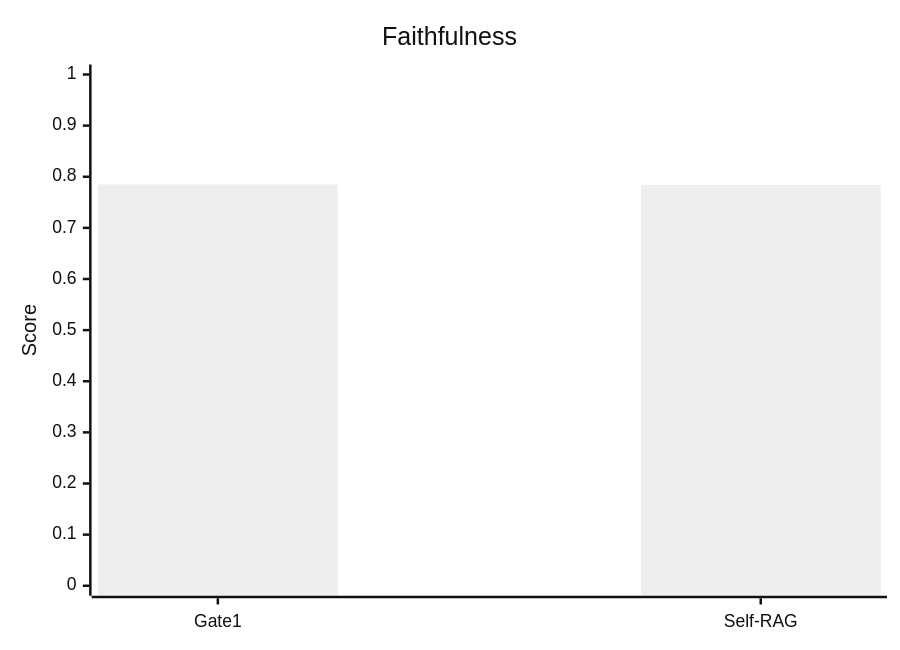
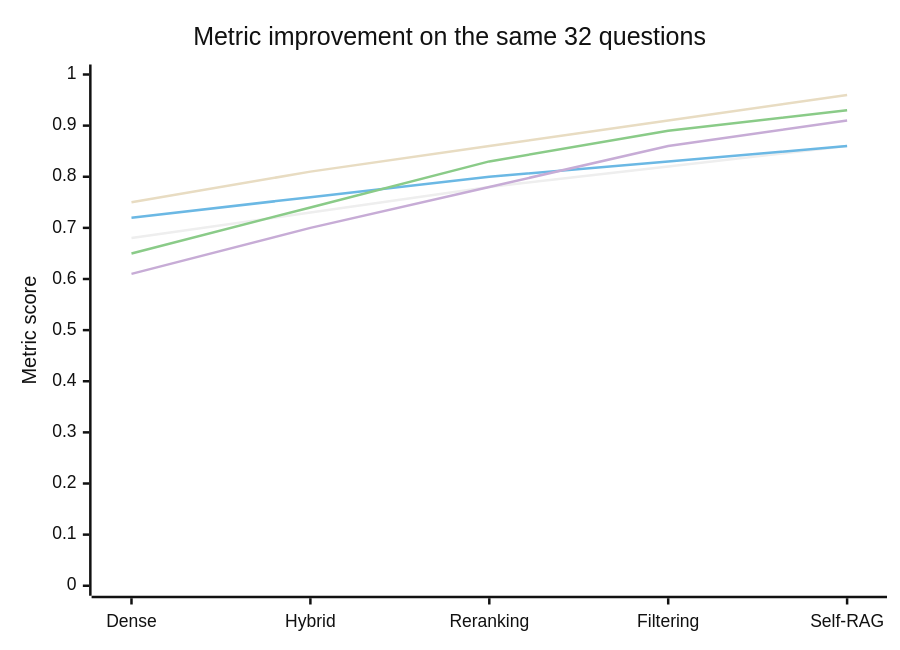
One commit to kunalkoshti/Sift changed the fourth of 4 diagrams in README.md. Above: the diagram before and after it, drawn with Mermaid (neutral theme). The commit also changed other lines of this file, not shown here.

Commit message:
Improve README architecture and evaluation visuals

````diff
--- a/README.md
+++ b/README.md
@@ -241,7 +239,11 @@
 ```mermaid
 xychart-beta
-    title "Faithfulness"
-    x-axis [Gate 1, Self-RAG]
-    y-axis "Score" 0 --> 1
-    bar [0.785, 0.784]
+    title "Metric improvement on the same 32 questions"
+    x-axis [Dense, Hybrid, Reranking, Filtering, Self-RAG]
+    y-axis "Metric score" 0 --> 1
+    line [0.68, 0.73, 0.78, 0.82, 0.86]
+    line [0.72, 0.76, 0.80, 0.83, 0.86]
+    line [0.65, 0.74, 0.83, 0.89, 0.93]
+    line [0.61, 0.70, 0.78, 0.86, 0.91]
+    line [0.75, 0.81, 0.86, 0.91, 0.96]
 ```
````
